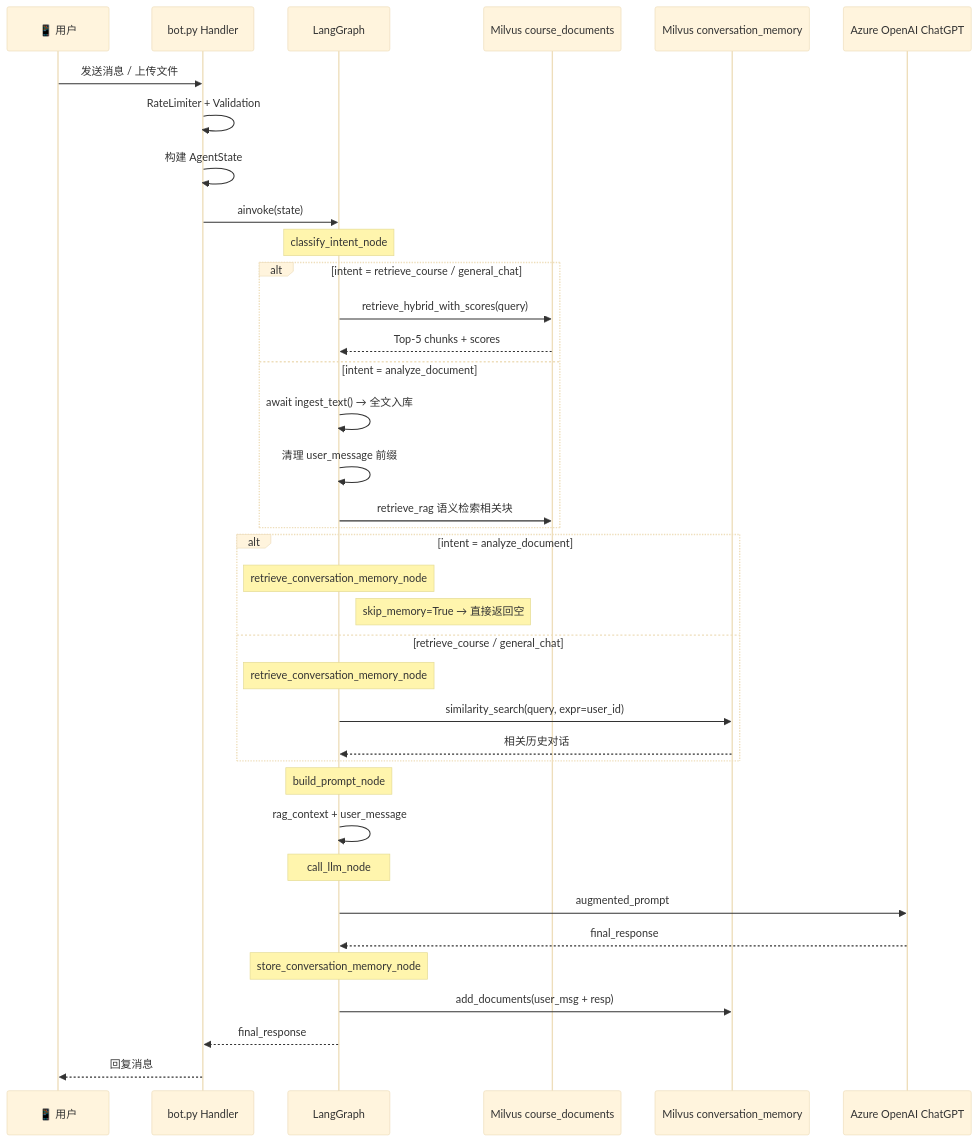
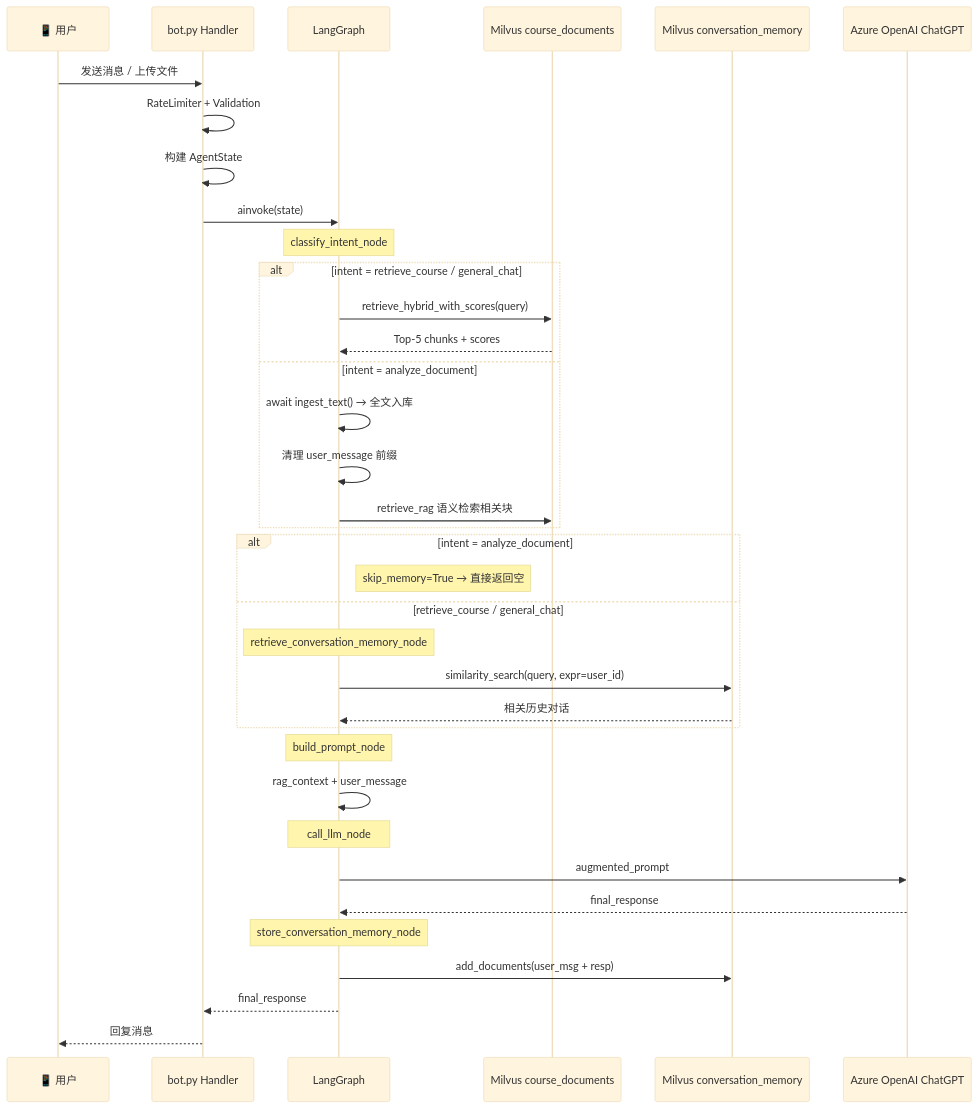
Before and after one commit to ravemelodic/Multi-functional_AI_Assistant: the seventh of 9 diagrams in 流程图.md, drawn with Mermaid (base theme).

Commit message:
fix: 流程图 Section 7 移除 analyze_document 分支多余节点名

````diff
--- a/流程图.md
+++ b/流程图.md
@@ -206,45 +206,44 @@
 ```mermaid
 sequenceDiagram
     participant User as 📱 用户
     participant Bot as bot.py Handler
     participant Graph as LangGraph
     participant Milvus_C as Milvus course_documents
     participant Milvus_M as Milvus conversation_memory
     participant LLM as Azure OpenAI ChatGPT
 
     User->>Bot: 发送消息 / 上传文件
     Bot->>Bot: RateLimiter + Validation
     Bot->>Bot: 构建 AgentState
     Bot->>Graph: ainvoke(state)
 
     Note over Graph: classify_intent_node
     alt intent = retrieve_course / general_chat
         Graph->>Milvus_C: retrieve_hybrid_with_scores(query)
         Milvus_C-->>Graph: Top-5 chunks + scores
     else intent = analyze_document
         Graph->>Graph: await ingest_text() → 全文入库
         Graph->>Graph: 清理 user_message 前缀
         Graph->>Milvus_C: retrieve_rag 语义检索相关块
     end
 
     alt intent = analyze_document
-        Note over Graph: retrieve_conversation_memory_node
         Note right of Graph: skip_memory=True → 直接返回空
     else retrieve_course / general_chat
         Note over Graph: retrieve_conversation_memory_node
         Graph->>Milvus_M: similarity_search(query, expr=user_id)
         Milvus_M-->>Graph: 相关历史对话
     end
 
     Note over Graph: build_prompt_node
     Graph->>Graph: rag_context + user_message
     Note over Graph: call_llm_node
     Graph->>LLM: augmented_prompt
     LLM-->>Graph: final_response
 
     Note over Graph: store_conversation_memory_node
     Graph->>Milvus_M: add_documents(user_msg + resp)
 
     Graph-->>Bot: final_response
     Bot-->>User: 回复消息
 ```
````
